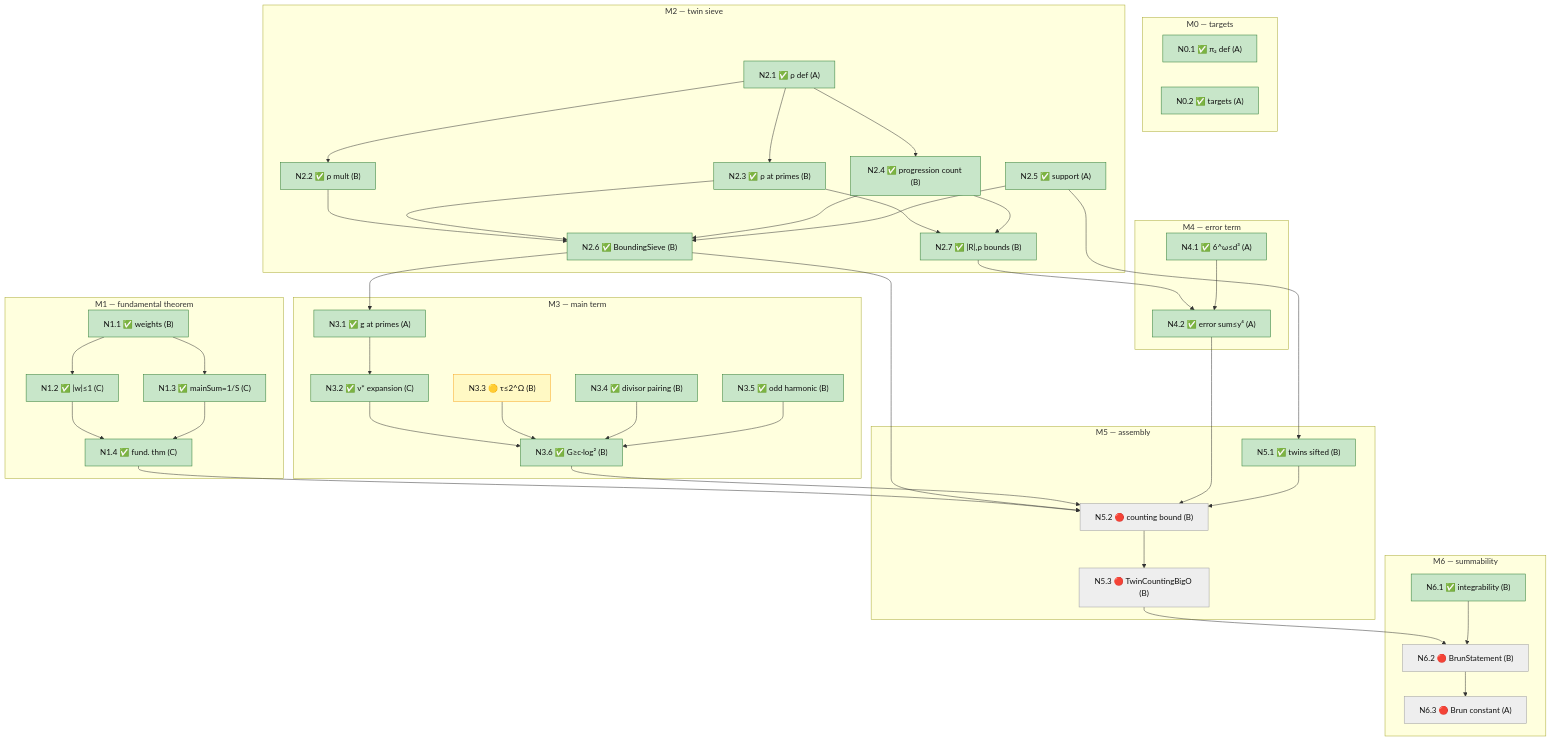
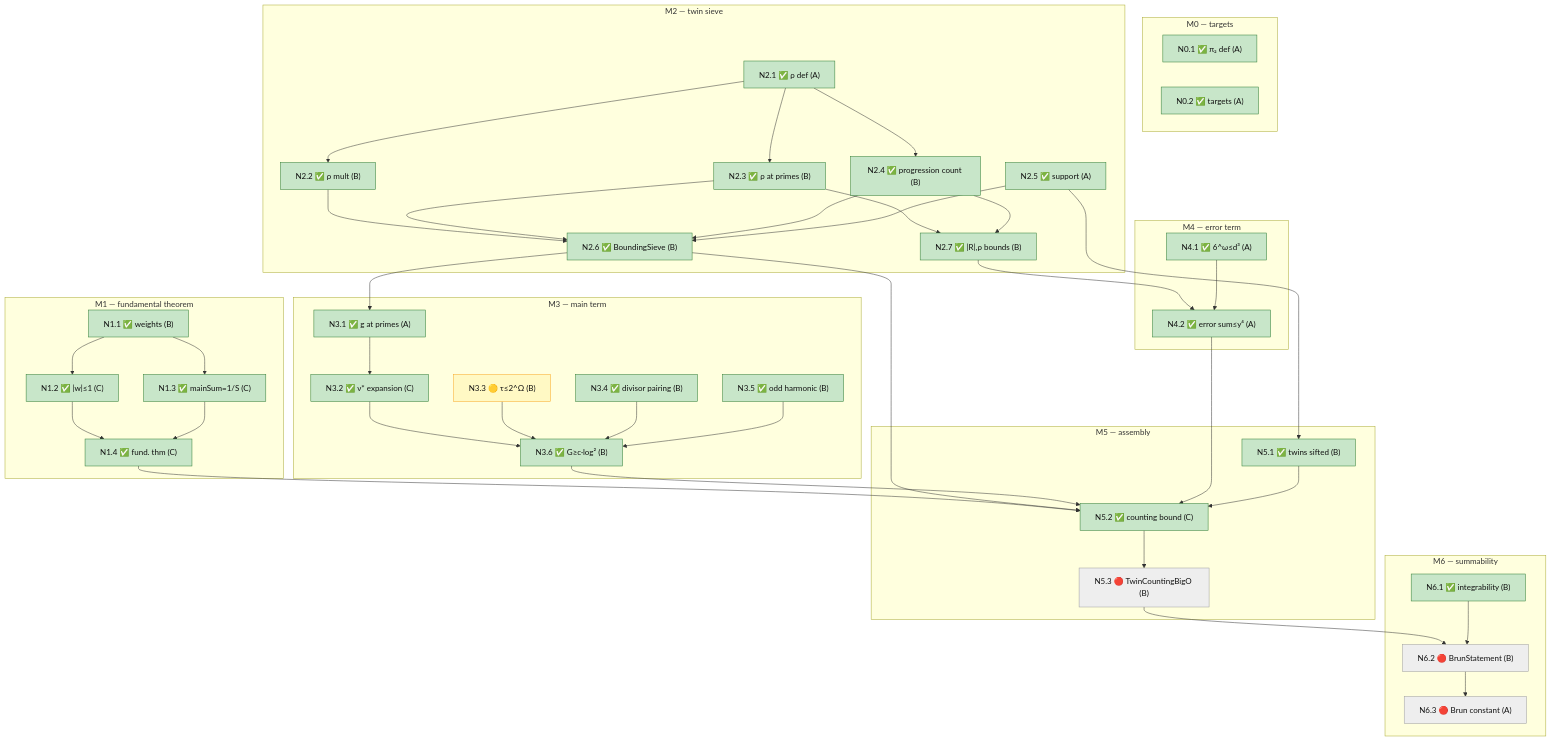
The second of 2 diagrams in docs/blueprints/brun-guide.md (jyh/salt), drawn with Mermaid before and after one commit. The commit also changed other lines of this file and 4 other files, not shown here.

````diff
--- a/docs/blueprints/brun-guide.md
+++ b/docs/blueprints/brun-guide.md
@@ -244,81 +243,81 @@
 ```mermaid
 flowchart TB
   classDef done fill:#c8e6c9,stroke:#2e7d32,color:#111
   classDef partial fill:#fff9c4,stroke:#f9a825,color:#111
   classDef open fill:#eeeeee,stroke:#9e9e9e,color:#111
   classDef keystone fill:#eeeeee,stroke:#c62828,stroke-width:3px,color:#111
 
   subgraph SM0["M0 — targets"]
     N0_1["N0.1 ✅ π₂ def (A)"]:::done
     N0_2["N0.2 ✅ targets (A)"]:::done
   end
   subgraph SM1["M1 — fundamental theorem"]
     N1_1["N1.1 ✅ weights (B)"]:::done
     N1_2["N1.2 ✅ |w|≤1 (C)"]:::done
     N1_3["N1.3 ✅ mainSum=1/S (C)"]:::done
     N1_4["N1.4 ✅ fund. thm (C)"]:::done
   end
   subgraph SM2["M2 — twin sieve"]
     N2_1["N2.1 ✅ ρ def (A)"]:::done
     N2_2["N2.2 ✅ ρ mult (B)"]:::done
     N2_3["N2.3 ✅ ρ at primes (B)"]:::done
     N2_4["N2.4 ✅ progression count (B)"]:::done
     N2_5["N2.5 ✅ support (A)"]:::done
     N2_6["N2.6 ✅ BoundingSieve (B)"]:::done
     N2_7["N2.7 ✅ |R|,ρ bounds (B)"]:::done
   end
   subgraph SM3["M3 — main term"]
     N3_1["N3.1 ✅ g at primes (A)"]:::done
     N3_2["N3.2 ✅ ν* expansion (C)"]:::done
     N3_3["N3.3 🟡 τ≤2^Ω (B)"]:::partial
     N3_4["N3.4 ✅ divisor pairing (B)"]:::done
     N3_5["N3.5 ✅ odd harmonic (B)"]:::done
     N3_6["N3.6 ✅ G≥c·log² (B)"]:::done
   end
   subgraph SM4["M4 — error term"]
     N4_1["N4.1 ✅ 6^ω≤d³ (A)"]:::done
     N4_2["N4.2 ✅ error sum≤y⁴ (A)"]:::done
   end
   subgraph SM5["M5 — assembly"]
     N5_1["N5.1 ✅ twins sifted (B)"]:::done
-    N5_2["N5.2 🔴 counting bound (B)"]:::open
+    N5_2["N5.2 ✅ counting bound (C)"]:::done
     N5_3["N5.3 🔴 TwinCountingBigO (B)"]:::open
   end
   subgraph SM6["M6 — summability"]
     N6_1["N6.1 ✅ integrability (B)"]:::done
     N6_2["N6.2 🔴 BrunStatement (B)"]:::open
     N6_3["N6.3 🔴 Brun constant (A)"]:::open
   end
 
   N1_1 --> N1_2
   N1_1 --> N1_3
   N1_2 --> N1_4
   N1_3 --> N1_4
   N2_1 --> N2_2
   N2_1 --> N2_3
   N2_1 --> N2_4
   N2_2 --> N2_6
   N2_3 --> N2_6
   N2_4 --> N2_6
   N2_5 --> N2_6
   N2_3 --> N2_7
   N2_4 --> N2_7
   N2_6 --> N3_1
   N3_1 --> N3_2
   N3_2 --> N3_6
   N3_3 --> N3_6
   N3_4 --> N3_6
   N3_5 --> N3_6
   N2_7 --> N4_2
   N4_1 --> N4_2
   N2_5 --> N5_1
   N1_4 --> N5_2
   N2_6 --> N5_2
   N3_6 --> N5_2
   N4_2 --> N5_2
   N5_1 --> N5_2
   N5_2 --> N5_3
   N5_3 --> N6_2
   N6_1 --> N6_2
   N6_2 --> N6_3
 ```
````
